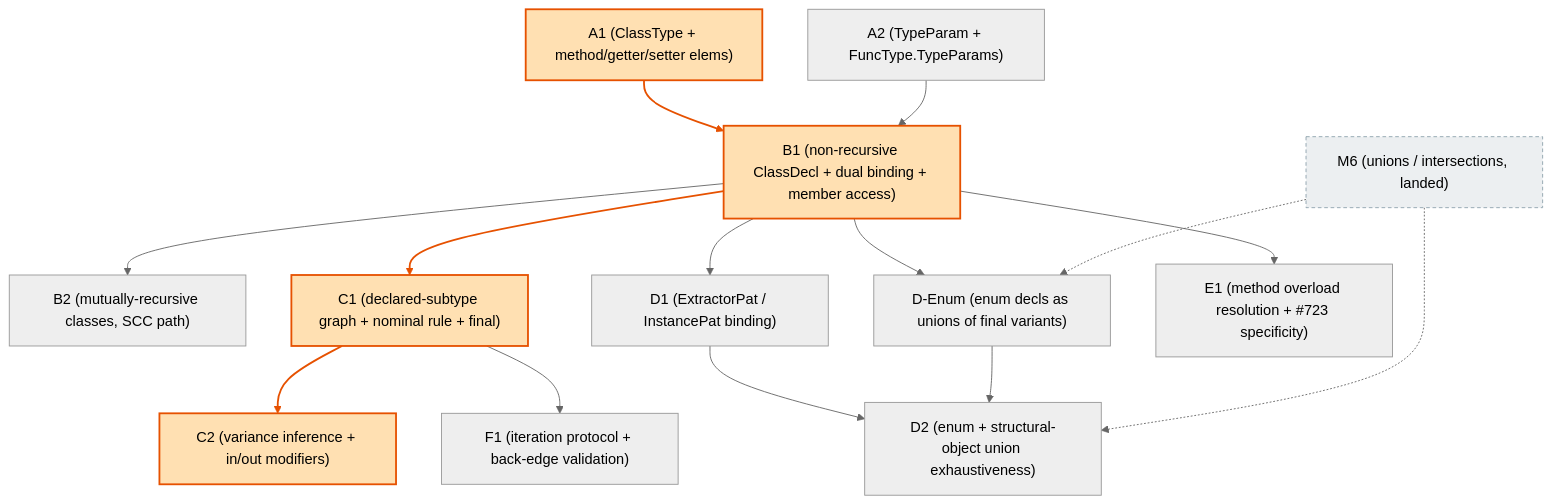
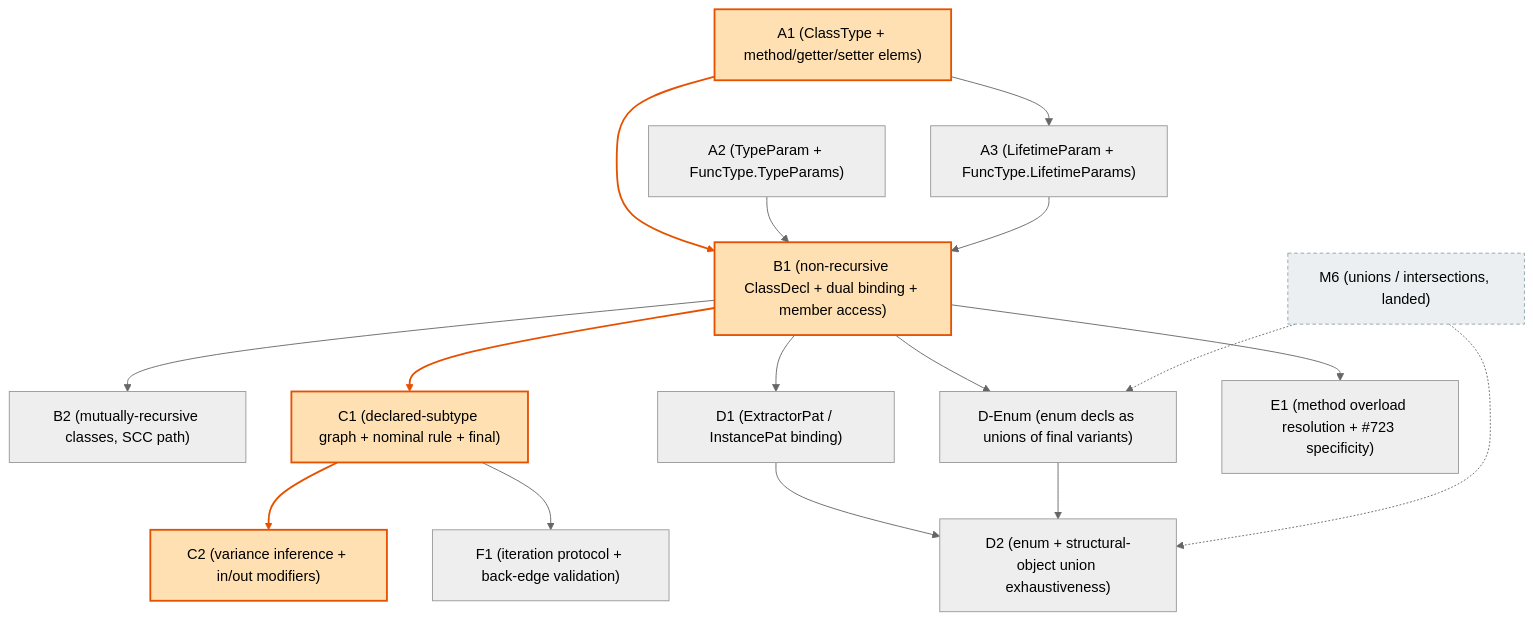
Before and after one commit to escalier-lang/escalier: the diagram in planning/simple_sub/m5-implementation-plan.md, drawn with Mermaid (neutral theme). The commit also changed other lines of this file, not shown here.

````diff
--- a/planning/simple_sub/m5-implementation-plan.md
+++ b/planning/simple_sub/m5-implementation-plan.md
@@ -942,35 +1055,38 @@
 ```mermaid
 graph TD
     A1["A1 (ClassType + method/getter/setter elems)"]
     A2["A2 (TypeParam + FuncType.TypeParams)"]
+    A3["A3 (LifetimeParam + FuncType.LifetimeParams)"]
     B1["B1 (non-recursive ClassDecl + dual binding + member access)"]
     B2["B2 (mutually-recursive classes, SCC path)"]
     C1["C1 (declared-subtype graph + nominal rule + final)"]
     C2["C2 (variance inference + in/out modifiers)"]
     F1["F1 (iteration protocol + back-edge validation)"]
     D1["D1 (ExtractorPat / InstancePat binding)"]
     DEnum["D-Enum (enum decls as unions of final variants)"]
     D2["D2 (enum + structural-object union exhaustiveness)"]
     E1["E1 (method overload resolution + #723 specificity)"]
     M6["M6 (unions / intersections, landed)"]
 
     A1 --> B1
+    A1 --> A3
     A2 --> B1
+    A3 --> B1
     B1 --> B2
     B1 --> C1
     B1 --> D1
     B1 --> DEnum
     B1 --> E1
     C1 --> C2
     C1 --> F1
     D1 --> D2
     DEnum --> D2
     M6 -.-> DEnum
     M6 -.-> D2
 
     classDef crit fill:#ffe0b2,stroke:#e65100,stroke-width:2px,color:#000;
     classDef landed fill:#eceff1,stroke:#90a4ae,stroke-dasharray:4 3,color:#000;
     class A1,B1,C1,C2 crit;
     class M6 landed;
-    linkStyle 0,3,7 stroke:#e65100,stroke-width:2px;
+    linkStyle 0,5,9 stroke:#e65100,stroke-width:2px;
 ```
````
